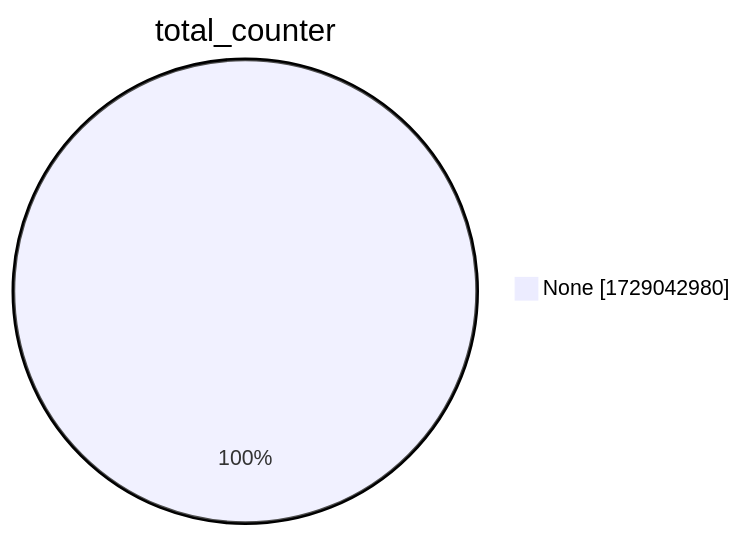
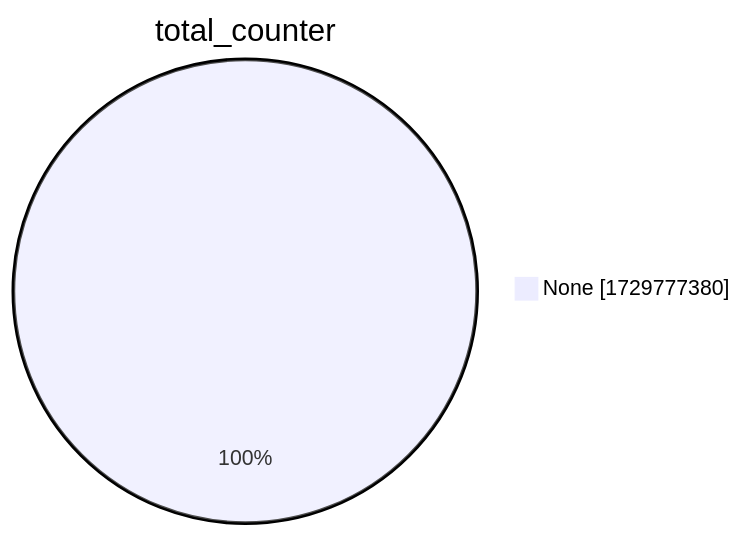
One commit to christiankrug/ctmonitor_visualization changed the second of 15 diagrams in xenon2022/README.md. Above: the diagram before and after it, drawn with Mermaid. The commit also changed other lines of this file, not shown here.

````diff
--- a/xenon2022/README.md
+++ b/xenon2022/README.md
@@ -9,5 +9,5 @@
 ```mermaid
 pie showData
 title total_counter
-"None" :1729042980
+"None" :1729777380
 ```
````
